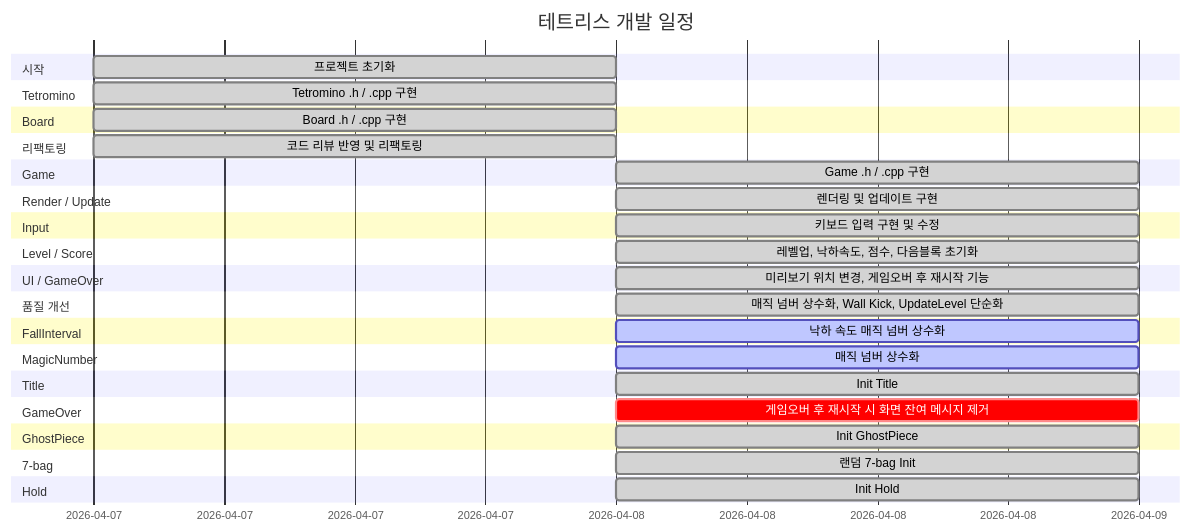
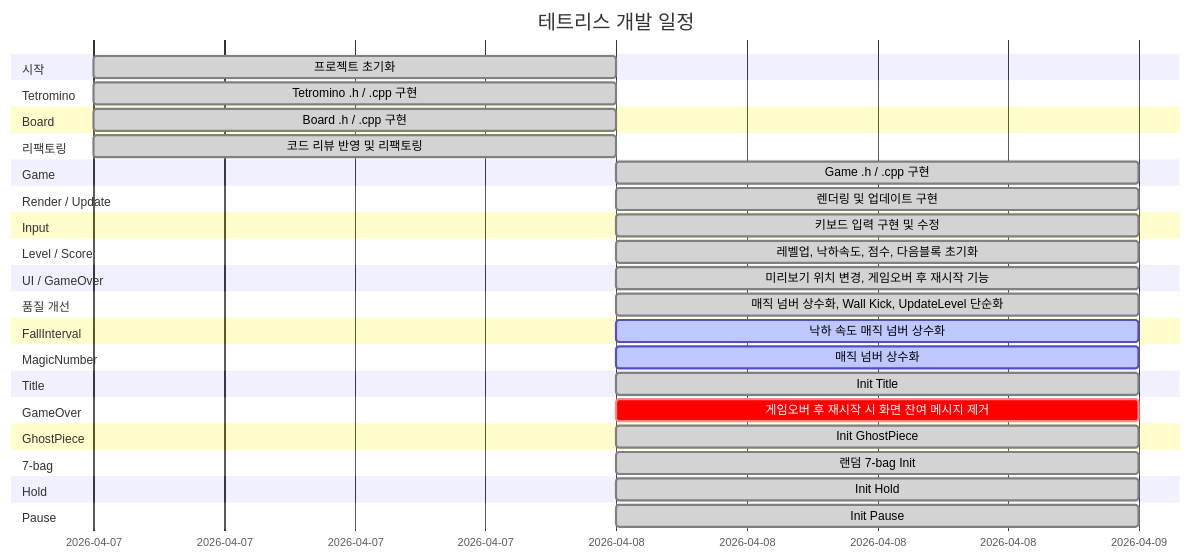
Before and after one commit to Chance031/Tetris-cpp: the diagram in README.md, drawn with Mermaid. The commit also changed other lines of this file, not shown here.

Commit message:
docs: README 자동 업데이트 [skip ci]

````diff
--- a/README.md
+++ b/README.md
@@ -27,39 +27,41 @@
 ```mermaid
 gantt
     title 테트리스 개발 일정
     dateFormat YYYY-MM-DD
     section 시작
         프로젝트 초기화 :done, init, 2026-04-07, 1d
     section Tetromino
         Tetromino .h / .cpp 구현 :done, t16803, 2026-04-07, 1d
     section Board
         Board .h / .cpp 구현 :done, t84048, 2026-04-07, 1d
     section 리팩토링
         코드 리뷰 반영 및 리팩토링 :done, refactor, 2026-04-07, 1d
     section Game
         Game .h / .cpp 구현 :done, t91896, 2026-04-08, 1d
     section Render / Update
         렌더링 및 업데이트 구현 :done, t47867, 2026-04-08, 1d
     section Input
         키보드 입력 구현 및 수정 :done, t8258, 2026-04-08, 1d
     section Level / Score
         레벨업, 낙하속도, 점수, 다음블록 초기화 :done, t44367, 2026-04-08, 1d
     section UI / GameOver
         미리보기 위치 변경, 게임오버 후 재시작 기능 :done, t55123, 2026-04-08, 1d
     section 품질 개선
         매직 넘버 상수화, Wall Kick, UpdateLevel 단순화 :done, t66234, 2026-04-08, 1d
     section FallInterval
         낙하 속도 매직 넘버 상수화 :active, t66782, 2026-04-08, 1d
     section MagicNumber
         매직 넘버 상수화 :active, t23180, 2026-04-08, 1d
     section Title
         Init Title :done, t45140, 2026-04-08, 1d
     section GameOver
         게임오버 후 재시작 시 화면 잔여 메시지 제거 :crit, t96693, 2026-04-08, 1d
     section GhostPiece
         Init GhostPiece :done, t88826, 2026-04-08, 1d
     section 7-bag
         랜덤 7-bag Init :done, t21893, 2026-04-08, 1d
     section Hold
         Init Hold :done, t97044, 2026-04-08, 1d
+    section Pause
+        Init Pause :done, t97166, 2026-04-08, 1d
 ```
````
